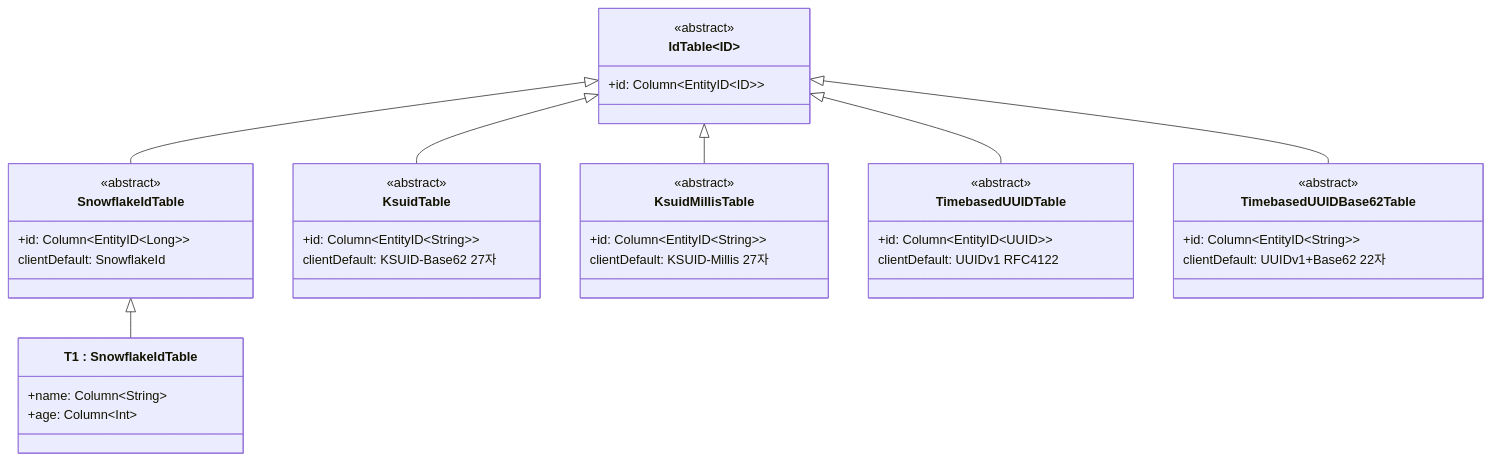
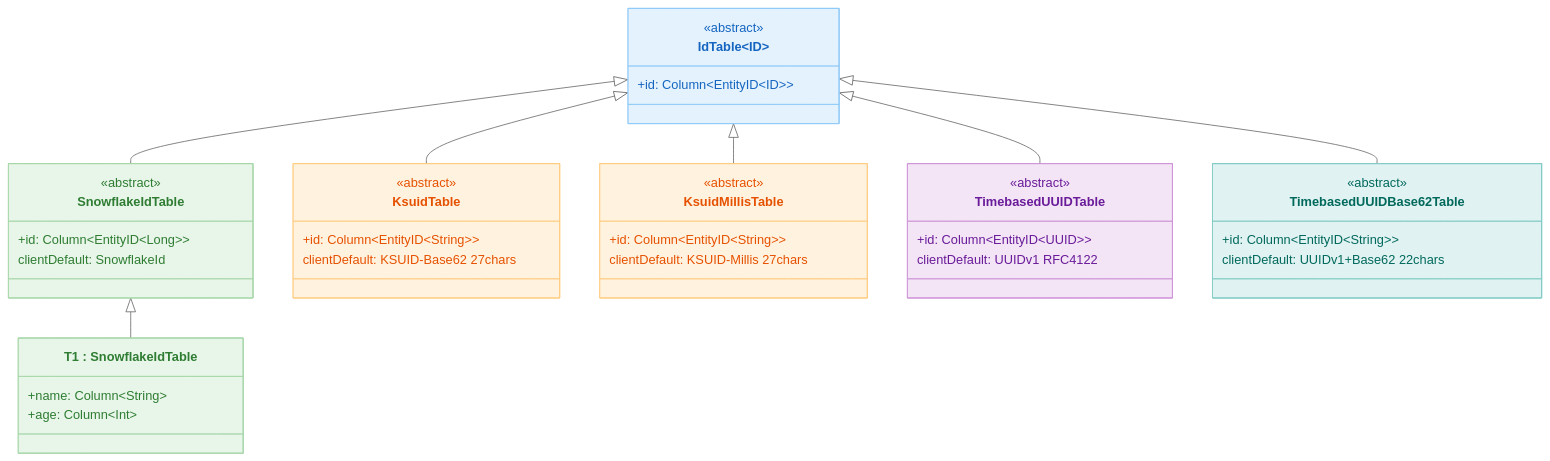
Before and after one commit to bluetape4k/exposed-r2dbc-workshop: the first of 4 diagrams in 06-advanced/07-exposed-r2dbc-custom-entities/README.md, drawn with Mermaid. The commit also changed other lines of this file and 63 other files, not shown here.

First line of the commit message:
docs: 전 모듈 README Mermaid UML 추가 및 영/한 이중화

````diff
--- a/06-advanced/07-exposed-r2dbc-custom-entities/README.md
+++ b/06-advanced/07-exposed-r2dbc-custom-entities/README.md
@@ -10,43 +11,52 @@
 ```mermaid
+%%{init: {"theme": "neutral"}}%%
 classDiagram
     class IdTable~ID~ {
         <<abstract>>
         +id: Column~EntityID~ID~~
     }
     class SnowflakeIdTable {
         <<abstract>>
         +id: Column~EntityID~Long~~
         clientDefault: SnowflakeId
     }
     class KsuidTable {
         <<abstract>>
         +id: Column~EntityID~String~~
-        clientDefault: KSUID-Base62 27자
+        clientDefault: KSUID-Base62 27chars
     }
     class KsuidMillisTable {
         <<abstract>>
         +id: Column~EntityID~String~~
-        clientDefault: KSUID-Millis 27자
+        clientDefault: KSUID-Millis 27chars
     }
     class TimebasedUUIDTable {
         <<abstract>>
         +id: Column~EntityID~UUID~~
         clientDefault: UUIDv1 RFC4122
     }
     class TimebasedUUIDBase62Table {
         <<abstract>>
         +id: Column~EntityID~String~~
-        clientDefault: UUIDv1+Base62 22자
+        clientDefault: UUIDv1+Base62 22chars
     }
     class T1["T1 : SnowflakeIdTable"] {
         +name: Column~String~
         +age: Column~Int~
     }
 
     IdTable <|-- SnowflakeIdTable
     IdTable <|-- KsuidTable
     IdTable <|-- KsuidMillisTable
     IdTable <|-- TimebasedUUIDTable
     IdTable <|-- TimebasedUUIDBase62Table
     SnowflakeIdTable <|-- T1
+
+    style IdTable fill:#E3F2FD,stroke:#90CAF9,color:#1565C0
+    style SnowflakeIdTable fill:#E8F5E9,stroke:#A5D6A7,color:#2E7D32
+    style KsuidTable fill:#FFF3E0,stroke:#FFCC80,color:#E65100
+    style KsuidMillisTable fill:#FFF3E0,stroke:#FFCC80,color:#E65100
+    style TimebasedUUIDTable fill:#F3E5F5,stroke:#CE93D8,color:#6A1B9A
+    style TimebasedUUIDBase62Table fill:#E0F2F1,stroke:#80CBC4,color:#00695C
+    style T1 fill:#E8F5E9,stroke:#A5D6A7,color:#2E7D32
 ```
````
